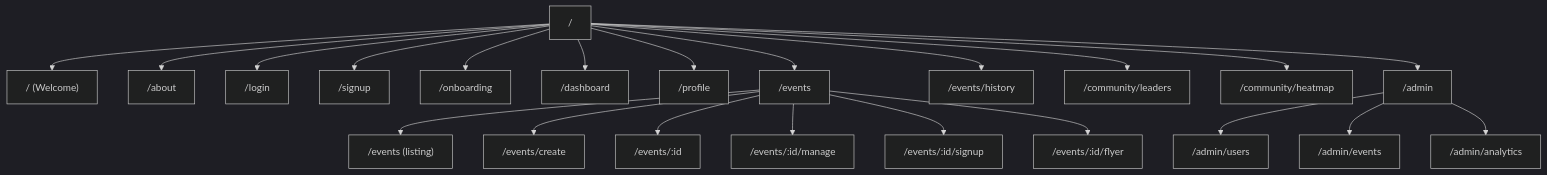
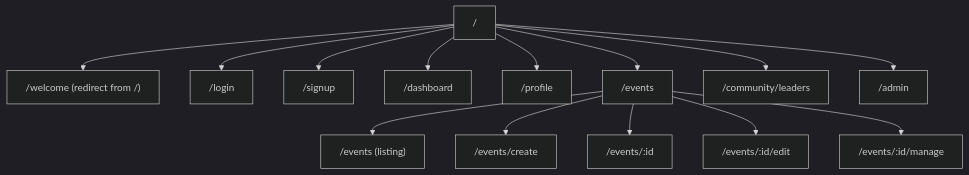
The fifth of 6 diagrams in docs/BUILD_PLAN.md (Labcoxyzl/MS-CodeToGive-TEAM3), drawn with Mermaid (dark theme) before and after one commit. The commit also changed other lines of this file and 1 other file, not shown here.

````diff
--- a/docs/BUILD_PLAN.md
+++ b/docs/BUILD_PLAN.md
@@ -317,24 +326,16 @@
 ```mermaid
 flowchart TD
-    Root["/"] --> Welcome["/ (Welcome)"]
-    Root --> About["/about"]
+    Root["/"] --> Welcome["/welcome (redirect from /)"]
     Root --> Login["/login"]
     Root --> Signup["/signup"]
-    Root --> Onboarding["/onboarding"]
     Root --> Dashboard["/dashboard"]
     Root --> Profile["/profile"]
     Root --> Events["/events"]
     Events --> EventsList["/events (listing)"]
     Events --> EventCreate["/events/create"]
     Events --> EventDetail["/events/:id"]
+    Events --> EventEdit["/events/:id/edit"]
     Events --> EventManage["/events/:id/manage"]
-    Events --> EventSignup["/events/:id/signup"]
-    Events --> EventFlyer["/events/:id/flyer"]
-    Root --> History["/events/history"]
     Root --> Leaderboard["/community/leaders"]
-    Root --> Heatmap["/community/heatmap"]
     Root --> AdminPanel["/admin"]
-    AdminPanel --> AdminUsers["/admin/users"]
-    AdminPanel --> AdminEvents["/admin/events"]
-    AdminPanel --> AdminAnalytics["/admin/analytics"]
 ```
````
